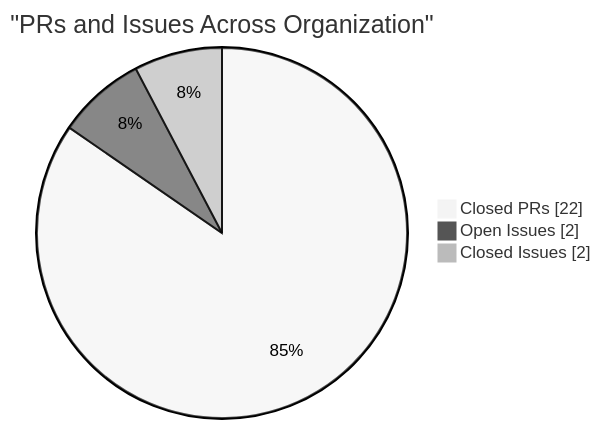
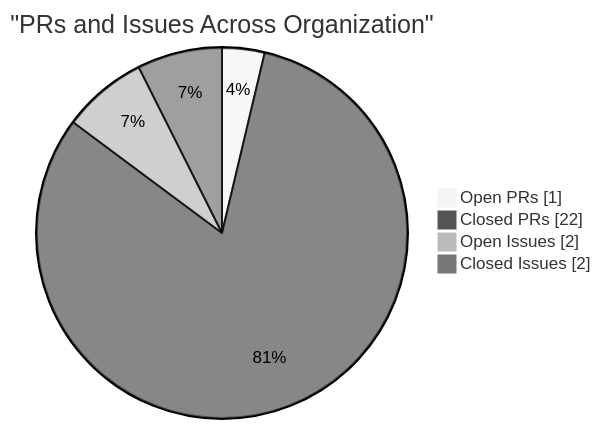
The fourth of 4 diagrams in profile/README.md (CSTH-Projects/.github), drawn with Mermaid (neutral theme) before and after one commit. The commit also changed other lines of this file, not shown here.

````diff
--- a/profile/README.md
+++ b/profile/README.md
@@ -100,7 +100,8 @@
 ```mermaid
 pie showData
     title "PRs and Issues Across Organization"
+    "Open PRs" : 1
     "Closed PRs" : 22
     "Open Issues" : 2
     "Closed Issues" : 2
 ```
````
